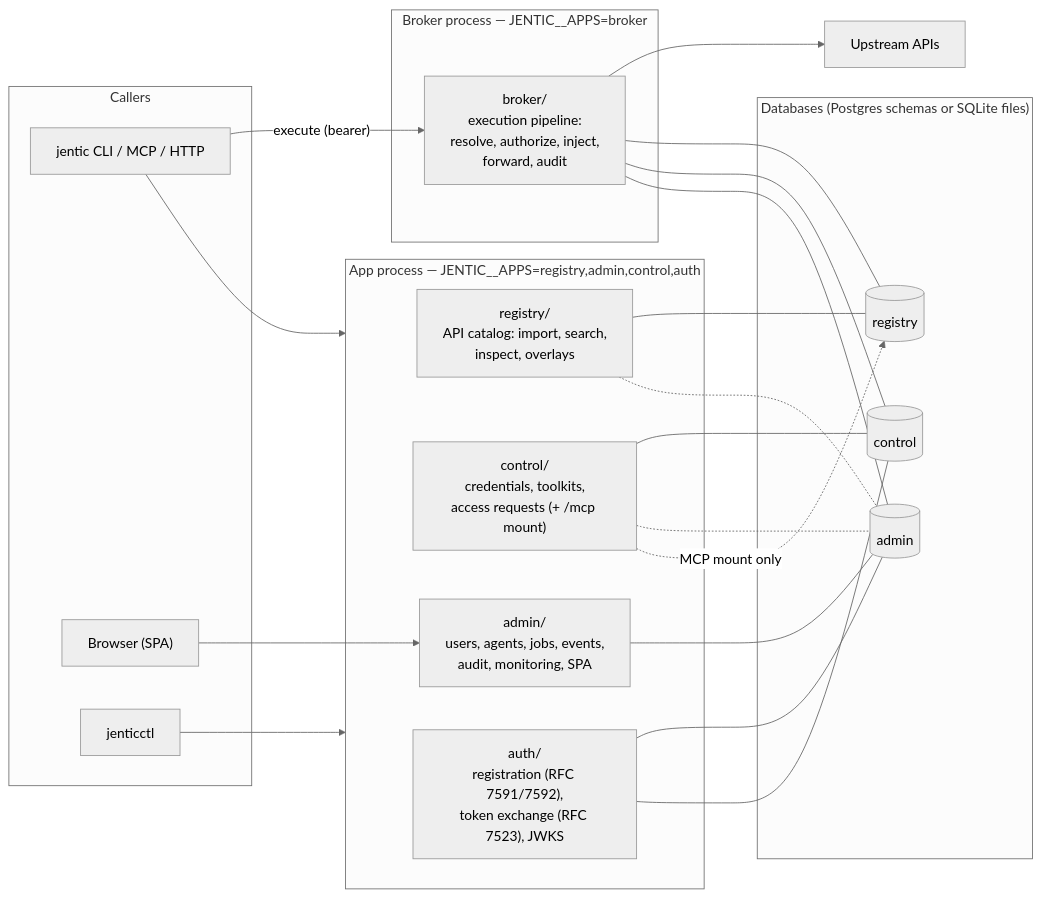
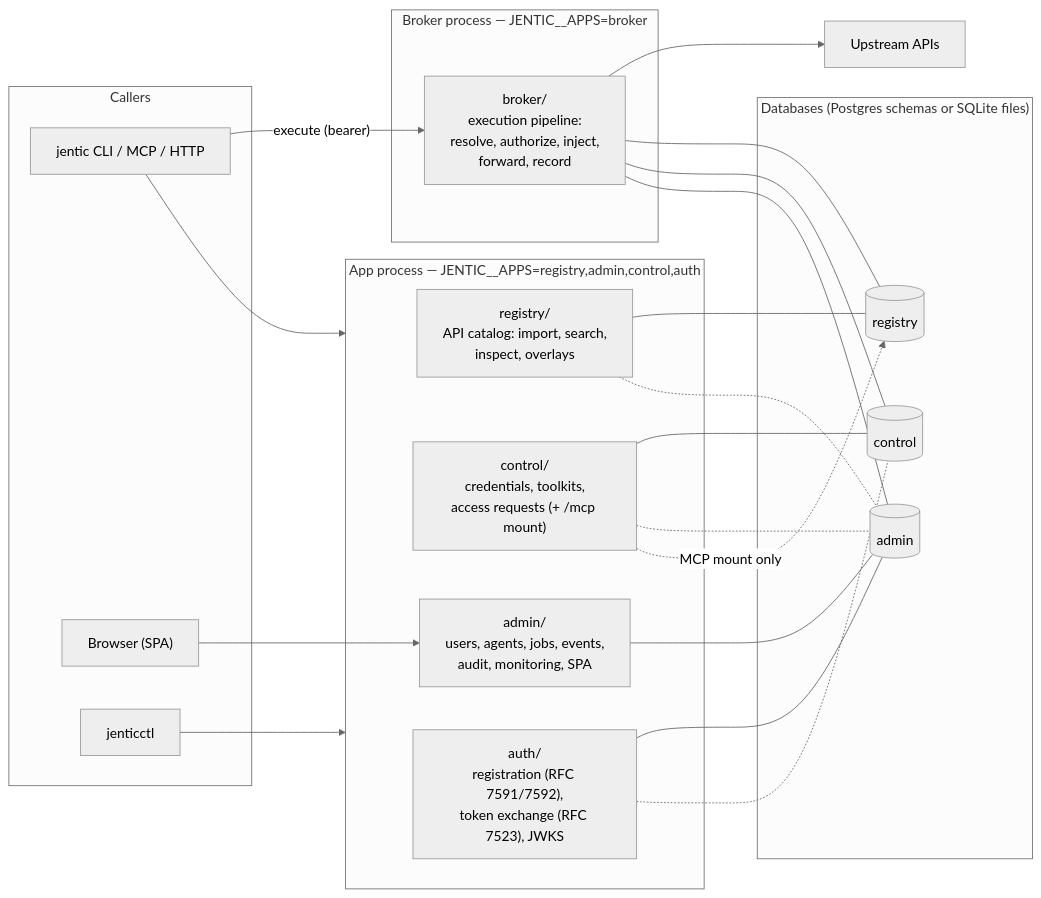
One commit to jentic/jentic-one changed the diagram in docs/architecture/README.md. Above: the diagram before and after it, drawn with Mermaid (neutral theme). The commit also changed other lines of this file and 5 other files, not shown here.

````diff
--- a/docs/architecture/README.md
+++ b/docs/architecture/README.md
@@ -23,45 +23,45 @@
 ```mermaid
 flowchart LR
     subgraph clients [Callers]
         CLI["jentic CLI / MCP / HTTP"]
         UI["Browser (SPA)"]
         CTL["jenticctl"]
     end
 
     subgraph app [App process — JENTIC__APPS=registry,admin,control,auth]
         REG["registry/<br/>API catalog: import, search,<br/>inspect, overlays"]
         CON["control/<br/>credentials, toolkits,<br/>access requests (+ /mcp mount)"]
         ADM["admin/<br/>users, agents, jobs, events,<br/>audit, monitoring, SPA"]
         AUTH["auth/<br/>registration (RFC 7591/7592),<br/>token exchange (RFC 7523), JWKS"]
     end
 
     subgraph broker [Broker process — JENTIC__APPS=broker]
-        BRK["broker/<br/>execution pipeline:<br/>resolve, authorize, inject,<br/>forward, audit"]
+        BRK["broker/<br/>execution pipeline:<br/>resolve, authorize, inject,<br/>forward, record"]
     end
 
     subgraph dbs ["Databases (Postgres schemas or SQLite files)"]
         RDB[("registry")]
         CDB[("control")]
         ADB[("admin")]
     end
 
     UP["Upstream APIs"]
 
     CLI --> app
     UI --> ADM
     CTL --> app
     CLI -- "execute (bearer)" --> BRK
     BRK --> UP
 
     REG --- RDB
     REG -.- ADB
     CON --- CDB
     CON -.- ADB
     CON -.->|"MCP mount only"| RDB
     ADM --- ADB
     AUTH --- ADB
-    AUTH --- CDB
+    AUTH -.- CDB
     BRK --- RDB
     BRK --- CDB
     BRK --- ADB
 ```
````
